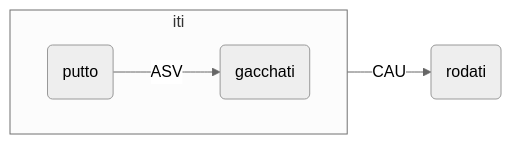
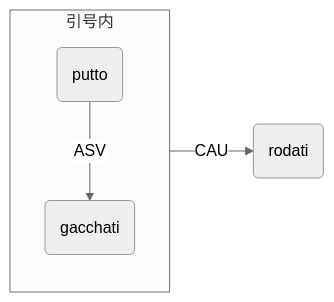
Before and after one commit to iapt-platform/pali-handbook: the sixth of 6 diagrams in src/basic-relation/other/iti.md, drawn with Mermaid (neutral theme). The commit also changed other lines of this file and 3 other files, not shown here.

Commit message:
修复mermaid

```diff
--- a/src/basic-relation/other/iti.md
+++ b/src/basic-relation/other/iti.md
@@ -125,11 +124,10 @@
 <div class="mermaid">
 flowchart LR
 B("rodati")
 C("putto")
 D("gacchati")
-subgraph iti
-direction LR
+subgraph 引号内
 C--"ASV"-->D
 end
-iti--"CAU"-->B
+引号内--"CAU"-->B
 </div>
```
